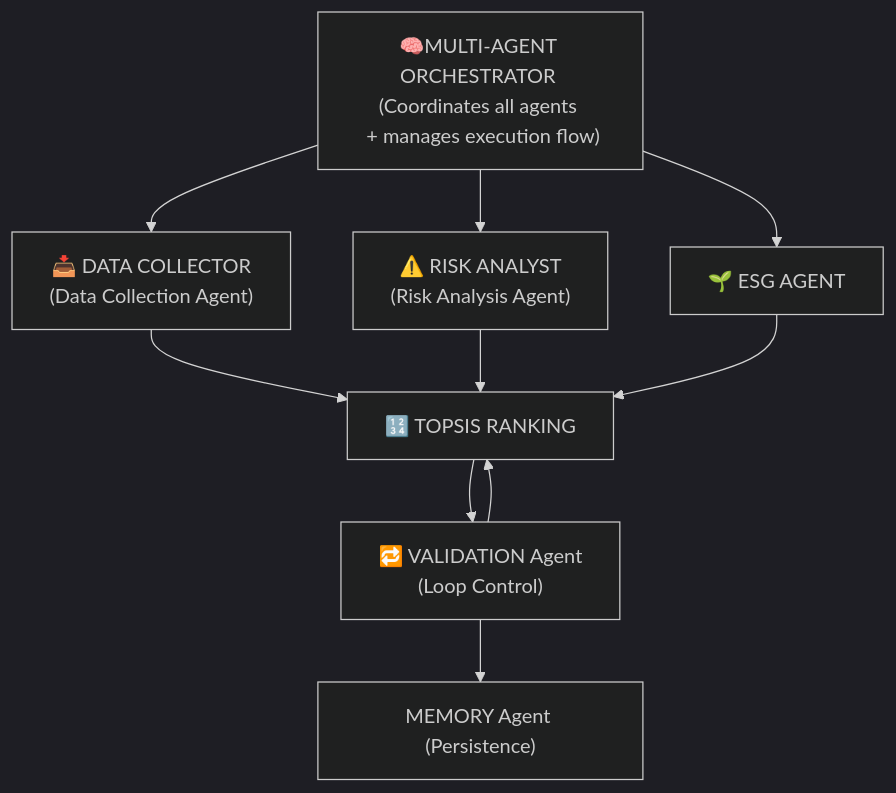
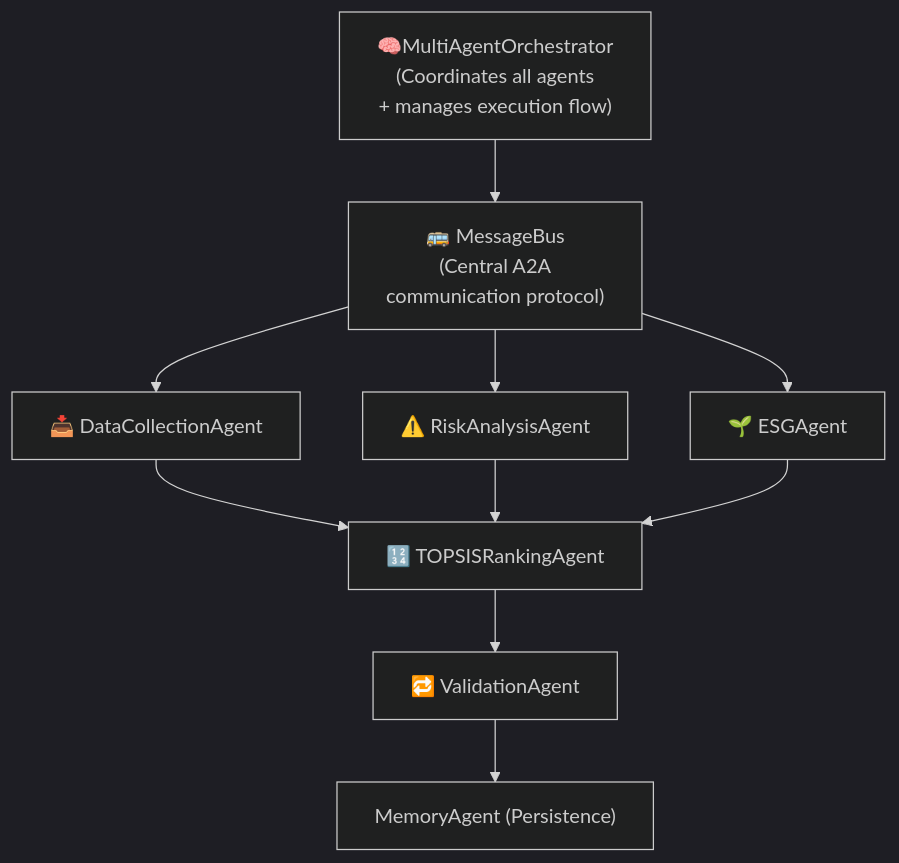
One commit to helenachiuchiu/Sustainable-Vendor-Decision-System-CogitoCore changed the diagram in README.md. Above: the diagram before and after it, drawn with Mermaid (dark theme).

````diff
--- a/README.md
+++ b/README.md
@@ -24,30 +24,29 @@
 ```mermaid
 
 flowchart TB
 
     %% --- Top Orchestrator ---
-    ORCH["🧠MULTI-AGENT ORCHESTRATOR <br/>(Coordinates all agents <br/> + manages execution flow)"]
+    ORCH["🧠MultiAgentOrchestrator <br/>(Coordinates all agents <br/> + manages execution flow)"]
 
     %% --- Agent Layer ---
-    DC["📥 DATA COLLECTOR<br/>(Data Collection Agent)"]
-    RISK["⚠️ RISK ANALYST<br/>(Risk Analysis Agent)"]
-    SUST["🌱 ESG AGENT"]
-    TOPSIS["🔢 TOPSIS RANKING"]
-    VALID["🔁 VALIDATION Agent<br/>(Loop Control)"]
-    MEM["MEMORY Agent (Persistence)"]
+    MB["🚌 MessageBus<br/>(Central A2A <br/>communication protocol)"]
+    DC["📥 DataCollectionAgent"]
+    RISK["⚠️ RiskAnalysisAgent"]
+    ESG["🌱 ESGAgent"]
+    TOPSIS["🔢 TOPSISRankingAgent"]
+    VALID["🔁 ValidationAgent"]
+    MEM["MemoryAgent (Persistence)"]
     %% --- Flow Connections ---
-    ORCH --> DC
-    ORCH --> RISK
-    ORCH --> SUST
-
+    ORCH --> MB
+    MB --> RISK
+    MB --> ESG
+    MB --> DC
     DC --> TOPSIS
     RISK --> TOPSIS
-    SUST --> TOPSIS
+    ESG --> TOPSIS
 
     TOPSIS --> VALID
-    
-    VALID --> TOPSIS
 
     VALID --> MEM
 
 ```
````
